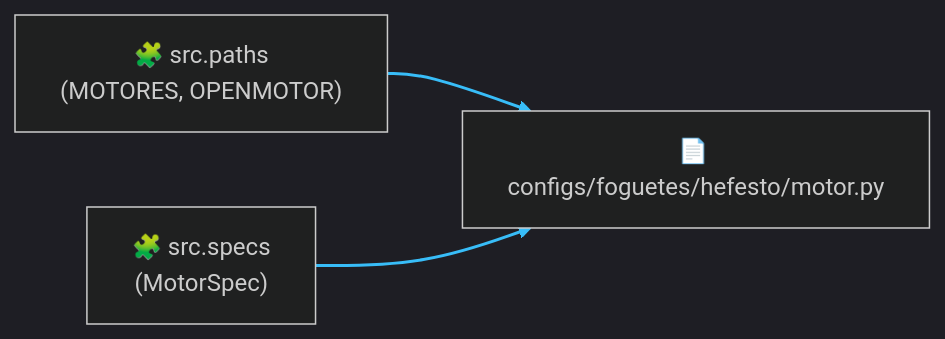
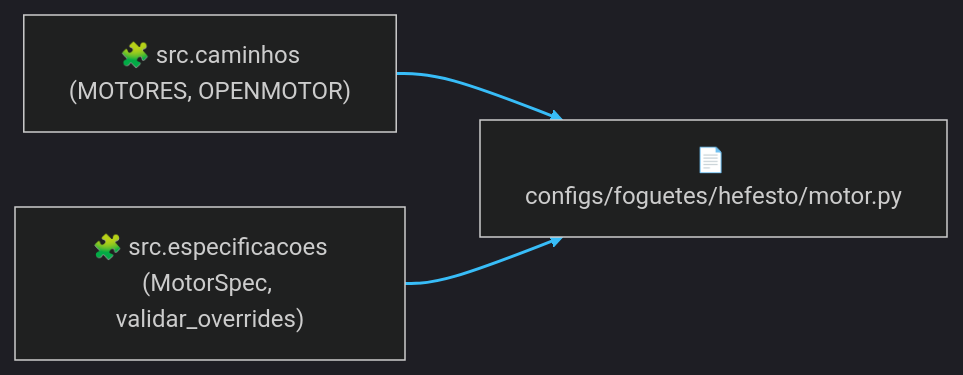
Before and after one commit to Supernova-Sim/Simulator-GUI-Python: the first of 2 diagrams in docs/arquitetura/_gerados_c4/configs__foguetes__hefesto__motor.c4.md, drawn with Mermaid. The commit also changed other lines of this file and 130 other files, not shown here.

````diff
--- a/docs/arquitetura/_gerados_c4/configs__foguetes__hefesto__motor.c4.md
+++ b/docs/arquitetura/_gerados_c4/configs__foguetes__hefesto__motor.c4.md
@@ -24,10 +24,10 @@
 ```mermaid
 %%{init: {'theme': 'dark', 'themeVariables': { 'lineColor': '#38bdf8' }}}%%
 flowchart LR
     MOD["📄 configs/foguetes/hefesto/motor.py"]
-    INT_0["🧩 src.paths\n(MOTORES, OPENMOTOR)"] --> MOD
-    click INT_0 href "src__paths.c4.md" "Abrir C4 de src.paths"
-    INT_1["🧩 src.specs\n(MotorSpec)"] --> MOD
-    click INT_1 href "src__specs.c4.md" "Abrir C4 de src.specs"
+    INT_0["🧩 src.caminhos\n(MOTORES, OPENMOTOR)"] --> MOD
+    click INT_0 href "src__caminhos.c4.md" "Abrir C4 de src.caminhos"
+    INT_1["🧩 src.especificacoes\n(MotorSpec, validar_overrides)"] --> MOD
+    click INT_1 href "src__especificacoes.c4.md" "Abrir C4 de src.especificacoes"
     linkStyle default stroke:#38bdf8,stroke-width:2px;
 ```
````
